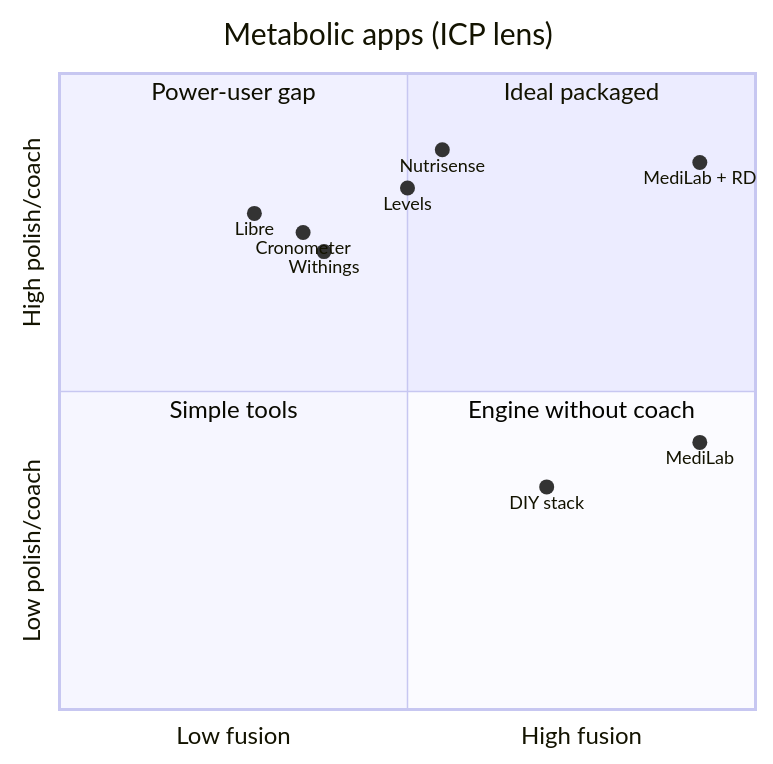
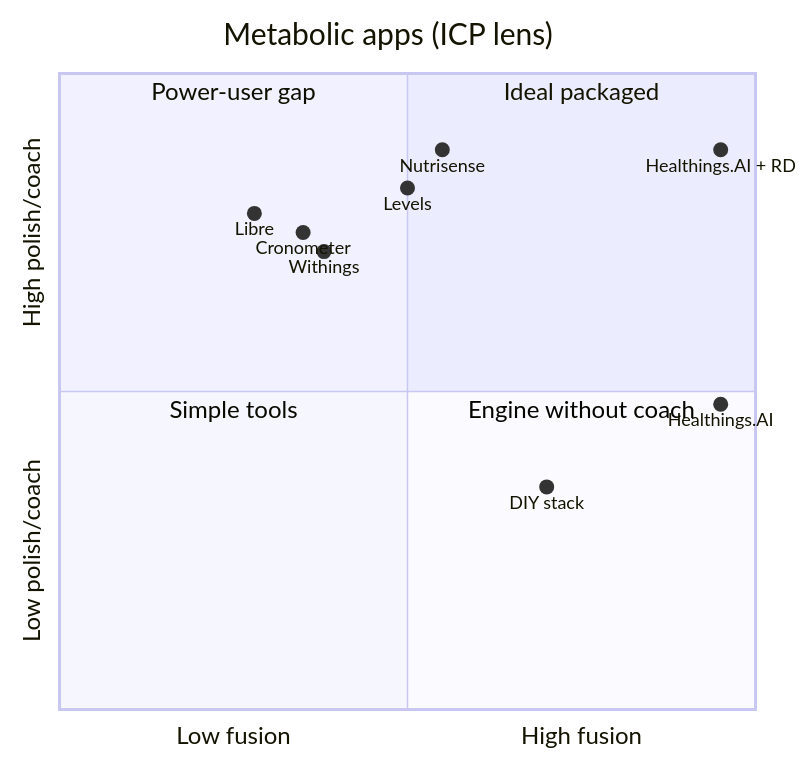
The diagram in investor-pov/COMPETITOR-SCORES.md (ravivshweidgit/healthings-medilab), drawn with Mermaid before and after one commit. The commit also changed other lines of this file and 4 other files, not shown here.

````diff
--- a/investor-pov/COMPETITOR-SCORES.md
+++ b/investor-pov/COMPETITOR-SCORES.md
@@ -96,18 +151,18 @@
 ```mermaid
 quadrantChart
     title Metabolic apps (ICP lens)
     x-axis Low fusion --> High fusion
     y-axis Low polish/coach --> High polish/coach
     quadrant-1 Ideal packaged
     quadrant-2 Power-user gap
     quadrant-3 Simple tools
     quadrant-4 Engine without coach
     Nutrisense: [0.55, 0.88]
     Levels: [0.50, 0.82]
     Cronometer: [0.35, 0.75]
     Libre: [0.28, 0.78]
     Withings: [0.38, 0.72]
     DIY stack: [0.70, 0.35]
-    MediLab: [0.92, 0.42]
-    MediLab + RD: [0.92, 0.86]
+    Healthings.AI: [0.95, 0.48]
+    Healthings.AI + RD: [0.95, 0.88]
 ```
````
